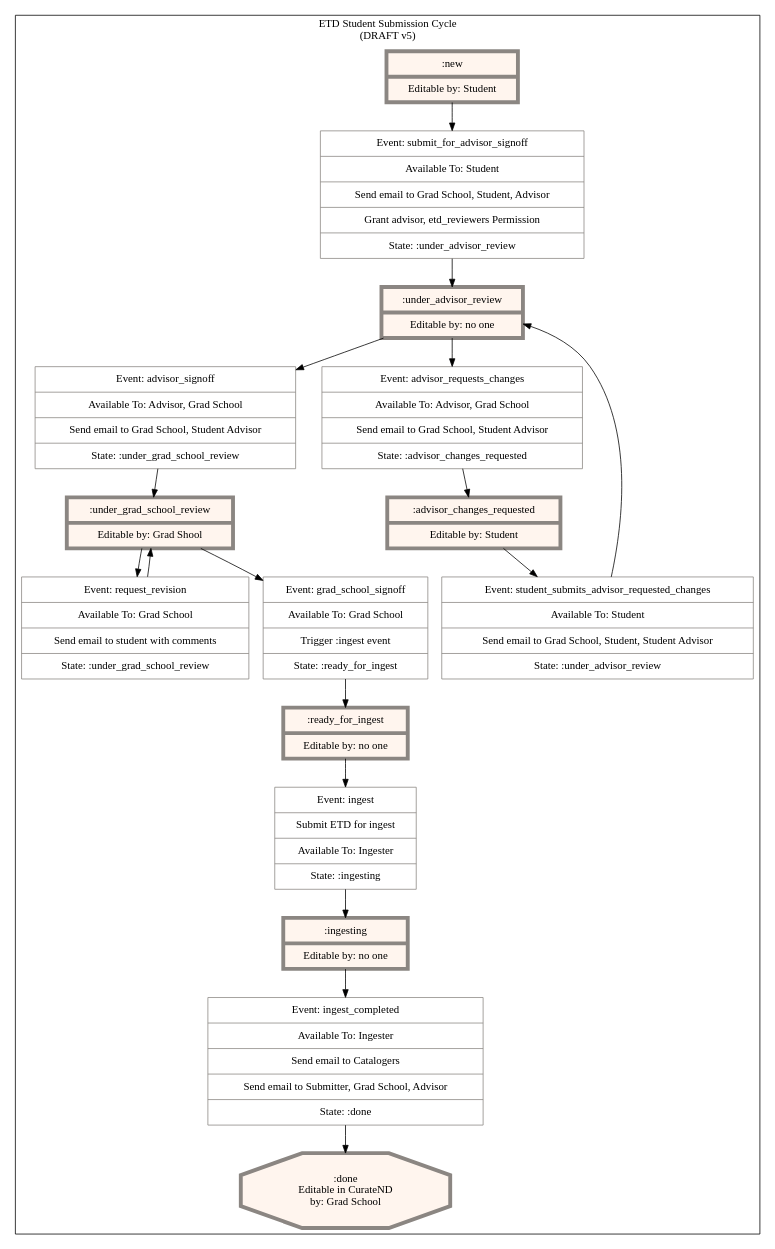
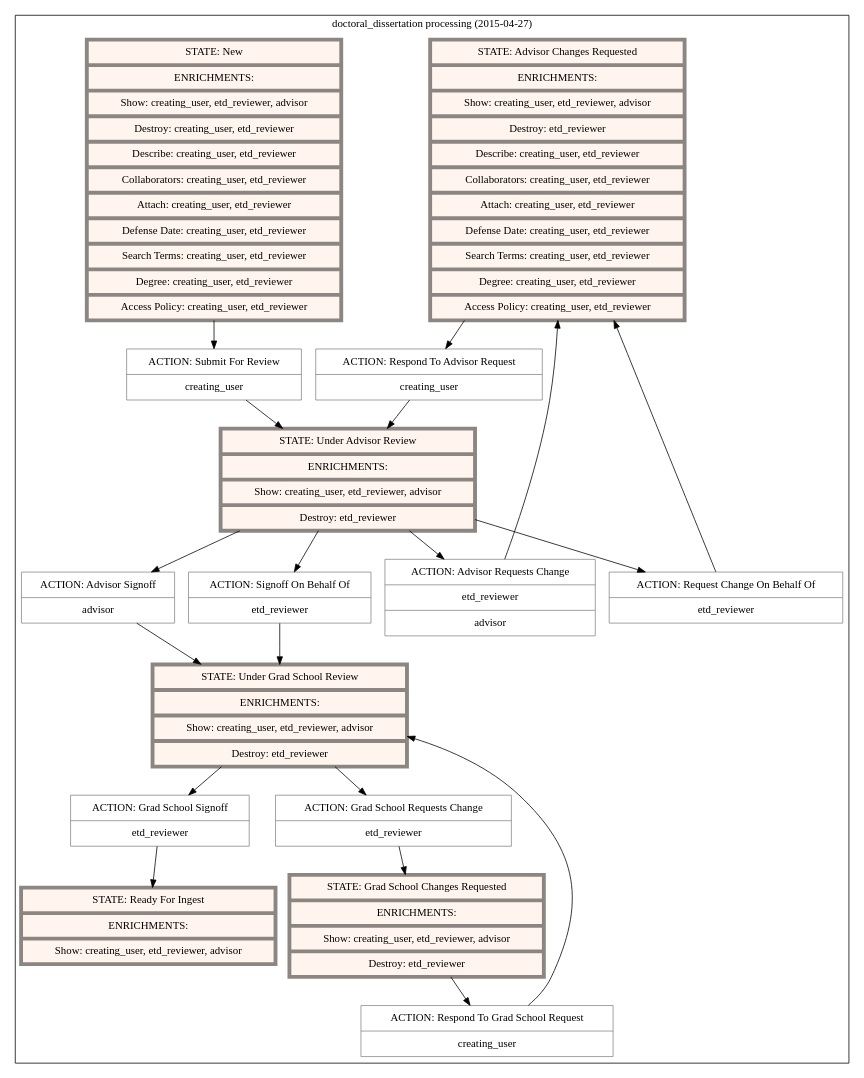
The diagram in artifacts/etd-submission-state-machine.dot (scholarworks/sipity), drawn with Graphviz before and after one commit.

Commit message:
Updated Sipity ETD Workflow Diagram

```diff
--- a/artifacts/etd-submission-state-machine.dot
+++ b/artifacts/etd-submission-state-machine.dot
@@ -1,46 +1,49 @@
 digraph "G" {
-    compound=true;
-    node[color="grey15" margin="0.15, 0.125"];
-
-    subgraph cluster_0 {
-        label="ETD Student Submission Cycle\n(DRAFT v5)"
-        node[style=filled fillcolor=white color="seashell4"]
-
-        # States
-        subgraph 0 {
-            label="States";
-            node[shape="record" fillcolor="seashell1" penwidth=5]
-            new [label="{ :new | Editable by: Student }"]
-            under_advisor_review [label="{ :under_advisor_review | Editable by: no one }"]
-            advisor_changes_requested [label="{ :advisor_changes_requested | Editable by: Student }"]
-            under_grad_school_review[label="{ :under_grad_school_review | Editable by: Grad Shool }"]
-            ready_for_ingest[label="{ :ready_for_ingest | Editable by: no one }"]
-            ingesting[label="{ :ingesting | Editable by: no one }"]
-            done[shape="octagon" label=":done\nEditable in CurateND\nby: Grad School"]
-        }
-
-        subgraph 1 {
-            label="Events"
-            node[shape="record" shape=record penwidth=1]
-            submit_for_advisor_signoff[label="{ Event: submit_for_advisor_signoff | Available To: Student | Send email to Grad School, Student, Advisor | Grant advisor, etd_reviewers Permission | State: :under_advisor_review }"]
-            advisor_signoff[label="{ Event: advisor_signoff | Available To: Advisor, Grad School |Send email to Grad School, Student Advisor | State: :under_grad_school_review }"]
-            advisor_requests_changes[label="{ Event: advisor_requests_changes | Available To: Advisor, Grad School | Send email to Grad School, Student Advisor | State: :advisor_changes_requested }"]
-            student_submits_advisor_requested_changes[label="{ Event: student_submits_advisor_requested_changes | Available To: Student | Send email to Grad School, Student, Student Advisor | State: :under_advisor_review }"]
-            request_revision[label="{ Event: request_revision | Available To: Grad School | Send email to student with comments | State: :under_grad_school_review }"]
-            grad_school_signoff[label="{ Event: grad_school_signoff | Available To: Grad School | Trigger :ingest event | State: :ready_for_ingest }"]
-            ingest[label="{ Event: ingest | Submit ETD for ingest | Available To: Ingester | State: :ingesting }"]
-            ingest_completed[label="{ Event: ingest_completed | Available To: Ingester | Send email to Catalogers | Send email to Submitter, Grad School, Advisor | State: :done }"]
-        }
-
-        # State -> Event -> State graph
-        new -> submit_for_advisor_signoff -> under_advisor_review
-        under_advisor_review -> advisor_signoff -> under_grad_school_review
-        under_advisor_review -> advisor_requests_changes -> advisor_changes_requested
-        advisor_changes_requested -> student_submits_advisor_requested_changes -> under_advisor_review
-        under_grad_school_review -> request_revision -> under_grad_school_review
-        under_grad_school_review -> grad_school_signoff -> ready_for_ingest
-        ready_for_ingest -> ingest -> ingesting
-        ingesting -> ingest_completed -> done
+  compound=true;
+  node[color="grey15" margin="0.15, 0.125"];
+  subgraph cluster_0 {
+    label="doctoral_dissertation processing (2015-04-27)"
+    node[style=filled fillcolor=white color="seashell4"]
+    subgraph 0 {
+      label="States";
+      node[shape="record" fillcolor="seashell1" penwidth=5]
+      state_advisor_changes_requested [label="{ STATE: Advisor Changes Requested | ENRICHMENTS: | Show: creating_user, etd_reviewer, advisor | Destroy: etd_reviewer | Describe: creating_user, etd_reviewer | Collaborators: creating_user, etd_reviewer | Attach: creating_user, etd_reviewer | Defense Date: creating_user, etd_reviewer | Search Terms: creating_user, etd_reviewer | Degree: creating_user, etd_reviewer | Access Policy: creating_user, etd_reviewer }"]
+      state_grad_school_changes_requested [label="{ STATE: Grad School Changes Requested | ENRICHMENTS: | Show: creating_user, etd_reviewer, advisor | Destroy: etd_reviewer }"]
+      state_new [label="{ STATE: New | ENRICHMENTS: | Show: creating_user, etd_reviewer, advisor | Destroy: creating_user, etd_reviewer | Describe: creating_user, etd_reviewer | Collaborators: creating_user, etd_reviewer | Attach: creating_user, etd_reviewer | Defense Date: creating_user, etd_reviewer | Search Terms: creating_user, etd_reviewer | Degree: creating_user, etd_reviewer | Access Policy: creating_user, etd_reviewer }"]
+      state_ready_for_ingest [label="{ STATE: Ready For Ingest | ENRICHMENTS: | Show: creating_user, etd_reviewer, advisor }"]
+      state_under_advisor_review [label="{ STATE: Under Advisor Review | ENRICHMENTS: | Show: creating_user, etd_reviewer, advisor | Destroy: etd_reviewer }"]
+      state_under_grad_school_review [label="{ STATE: Under Grad School Review | ENRICHMENTS: | Show: creating_user, etd_reviewer, advisor | Destroy: etd_reviewer }"]
     }
-
+    subgraph 1 {
+      label="Actions"
+      node[shape="record" shape=record penwidth=1]
+        action_submit_for_review [label="{ ACTION: Submit For Review | creating_user }"]
+        action_advisor_signoff [label="{ ACTION: Advisor Signoff | advisor }"]
+        action_signoff_on_behalf_of [label="{ ACTION: Signoff On Behalf Of | etd_reviewer }"]
+        action_respond_to_advisor_request [label="{ ACTION: Respond To Advisor Request | creating_user }"]
+        action_respond_to_grad_school_request [label="{ ACTION: Respond To Grad School Request | creating_user }"]
+        action_grad_school_signoff [label="{ ACTION: Grad School Signoff | etd_reviewer }"]
+        action_advisor_requests_change [label="{ ACTION: Advisor Requests Change | etd_reviewer | advisor }"]
+        action_grad_school_requests_change [label="{ ACTION: Grad School Requests Change | etd_reviewer }"]
+        action_request_change_on_behalf_of [label="{ ACTION: Request Change On Behalf Of | etd_reviewer }"]
+    }
+      state_advisor_changes_requested -> action_respond_to_advisor_request
+      action_respond_to_advisor_request -> state_under_advisor_review
+      state_grad_school_changes_requested -> action_respond_to_grad_school_request
+      action_respond_to_grad_school_request -> state_under_grad_school_review
+      state_new -> action_submit_for_review
+      action_submit_for_review -> state_under_advisor_review
+      state_under_advisor_review -> action_advisor_signoff
+      action_advisor_signoff -> state_under_grad_school_review
+      state_under_advisor_review -> action_signoff_on_behalf_of
+      action_signoff_on_behalf_of -> state_under_grad_school_review
+      state_under_advisor_review -> action_advisor_requests_change
+      action_advisor_requests_change -> state_advisor_changes_requested
+      state_under_advisor_review -> action_request_change_on_behalf_of
+      action_request_change_on_behalf_of -> state_advisor_changes_requested
+      state_under_grad_school_review -> action_grad_school_requests_change
+      action_grad_school_requests_change -> state_grad_school_changes_requested
+      state_under_grad_school_review -> action_grad_school_signoff
+      action_grad_school_signoff -> state_ready_for_ingest
+  }
 }
```
